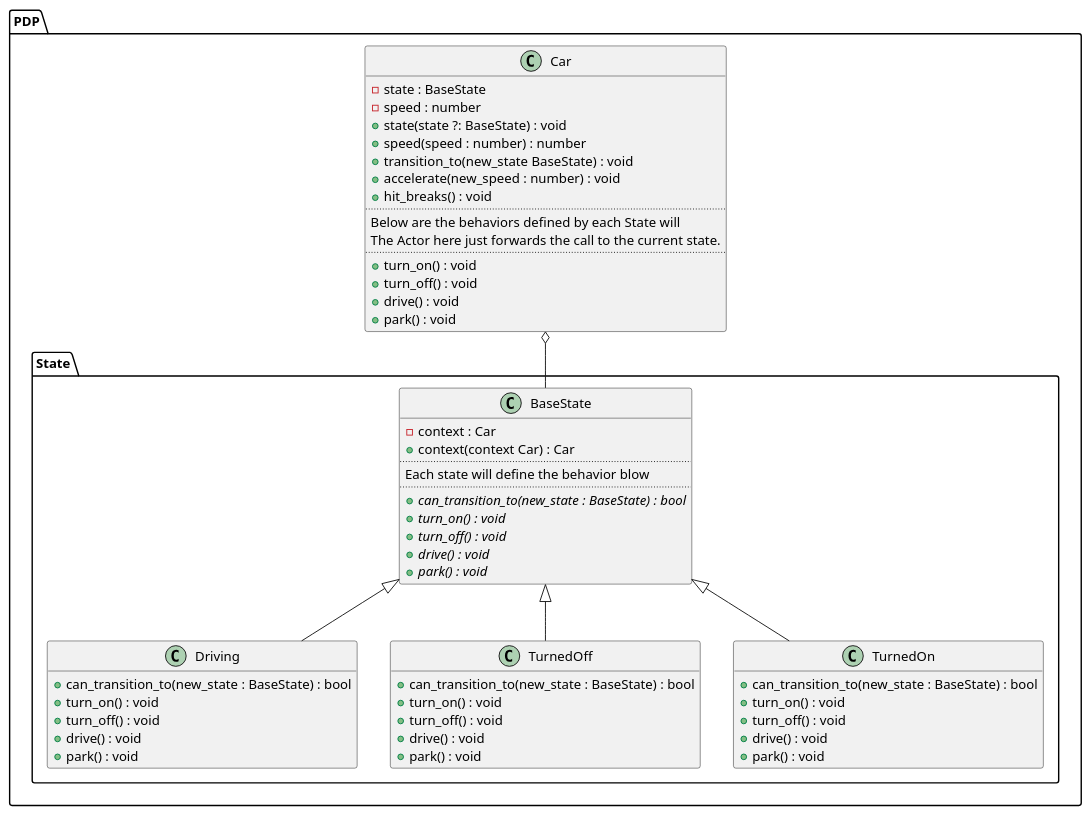
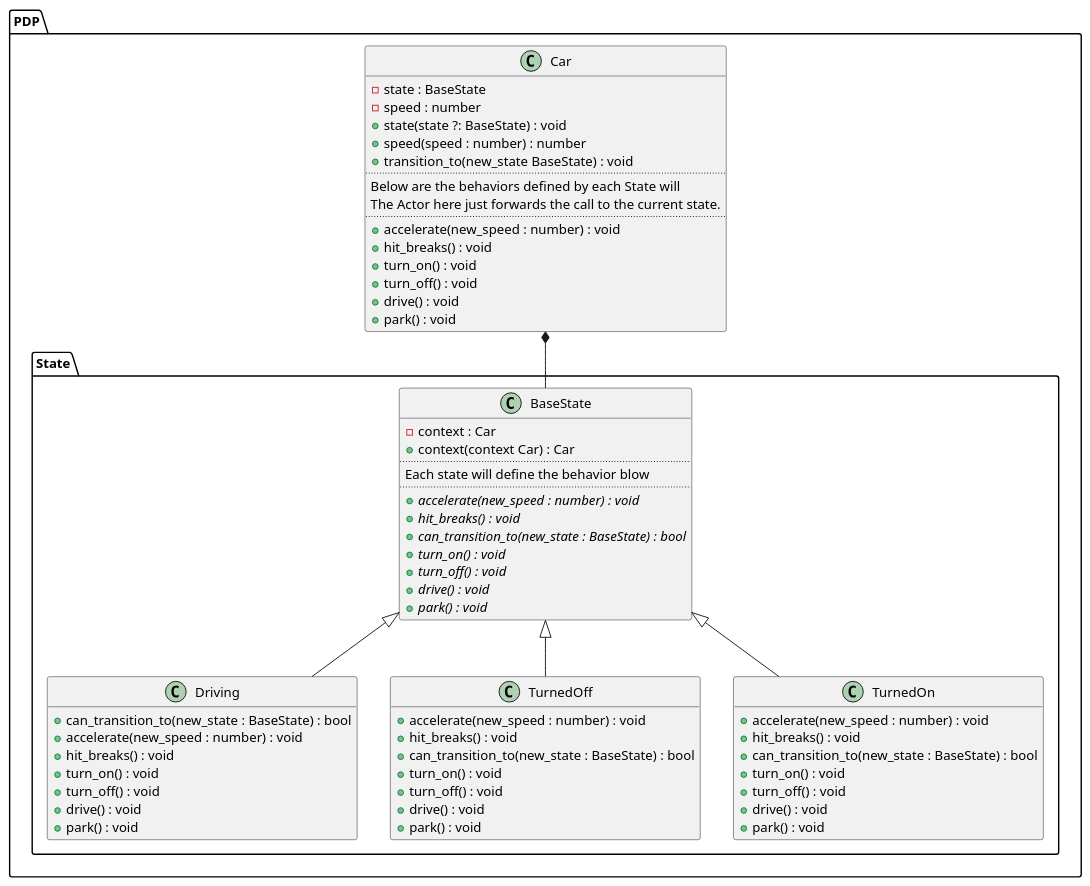
One commit to josegomezr/perl-design-patterns changed the diagram in docs/state/class-diagram.plantuml. Above: the diagram before and after it, drawn with PlantUML. The commit also changed 10 other files, not shown here.

```diff
--- a/docs/state/class-diagram.plantuml
+++ b/docs/state/class-diagram.plantuml
@@ -1,67 +1,76 @@
 @startuml
 hide empty members
+
 namespace PDP {
-  Car o-- State.BaseState
+  Car *-- State.BaseState
 
   State.BaseState <|-- State.Driving
   State.BaseState <|-- State.TurnedOff
   State.BaseState <|-- State.TurnedOn
 
   class Car {
     {field} -state : BaseState
     {field} -speed : number
     {method} +state(state ?: BaseState) : void
     {method} +speed(speed : number) : number
     {method} +transition_to(new_state BaseState) : void
-    {method} +accelerate(new_speed : number) : void
-    {method} +hit_breaks() : void
     ..
     Below are the behaviors defined by each State will
     The Actor here just forwards the call to the current state.
     ..
+    {method} +accelerate(new_speed : number) : void
+    {method} +hit_breaks() : void
     {method} +turn_on() : void
     {method} +turn_off() : void
     {method} +drive() : void
     {method} +park() : void
   }
 
   namespace State {
     class BaseState {
       {field} -context : Car
       {method} +context(context Car) : Car
       ..
       Each state will define the behavior blow
       ..
+      {abstract} {method} +accelerate(new_speed : number) : void
+      {abstract} {method} +hit_breaks() : void
       {abstract} {method} +can_transition_to(new_state : BaseState) : bool
       {abstract} {method} +turn_on() : void
       {abstract} {method} +turn_off() : void
       {abstract} {method} +drive() : void
       {abstract} {method} +park() : void
     }
 
     class Driving {
       {method} +can_transition_to(new_state : BaseState) : bool
+      {method} +accelerate(new_speed : number) : void
+      {method} +hit_breaks() : void
       {method} +turn_on() : void
       {method} +turn_off() : void
       {method} +drive() : void
       {method} +park() : void
     }
 
     class TurnedOff {
+      {method} +accelerate(new_speed : number) : void
+      {method} +hit_breaks() : void
       {method} +can_transition_to(new_state : BaseState) : bool
       {method} +turn_on() : void
       {method} +turn_off() : void
       {method} +drive() : void
       {method} +park() : void
     }
 
     class TurnedOn {
+      {method} +accelerate(new_speed : number) : void
+      {method} +hit_breaks() : void
       {method} +can_transition_to(new_state : BaseState) : bool
       {method} +turn_on() : void
       {method} +turn_off() : void
       {method} +drive() : void
       {method} +park() : void
     }
   }
 }
 @enduml
```
